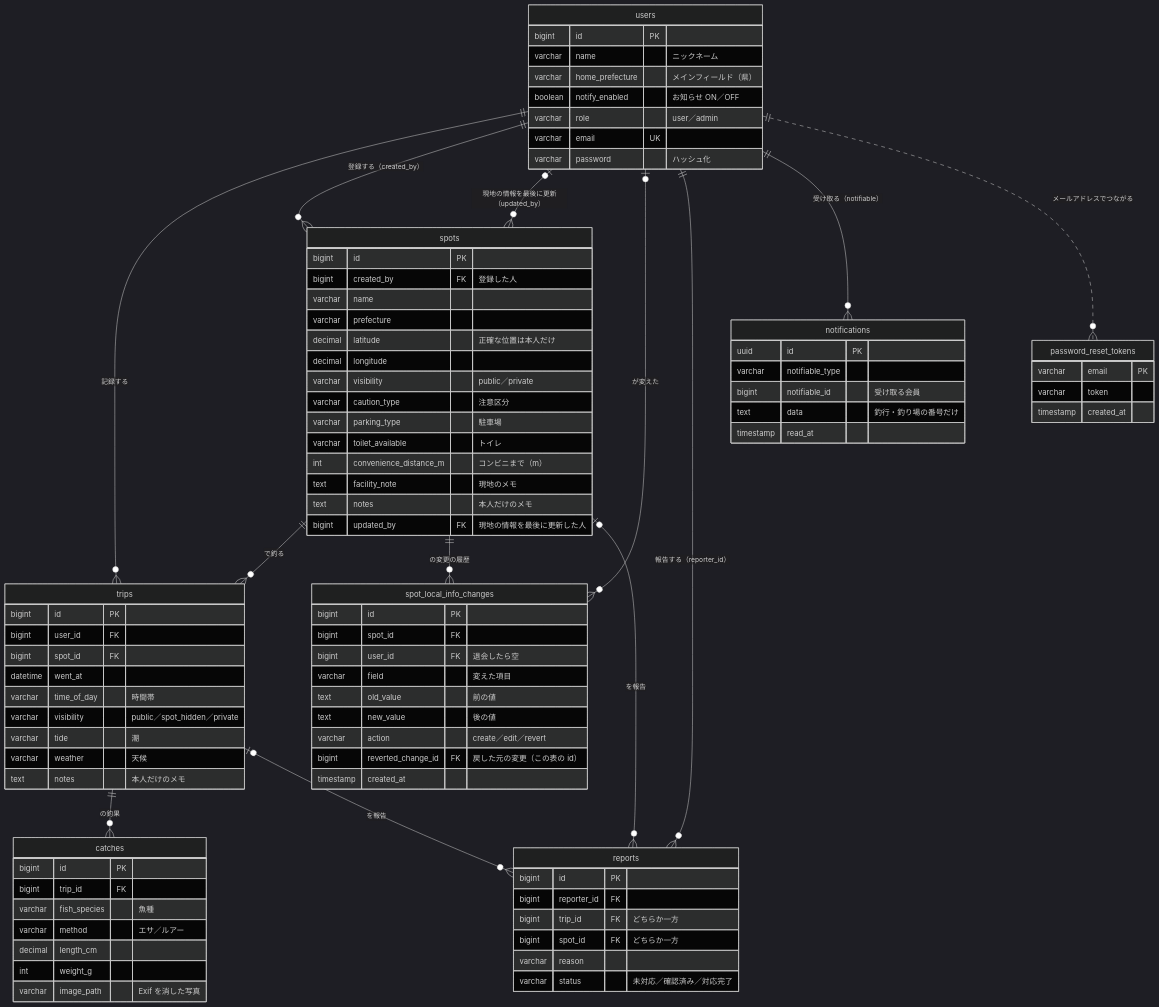
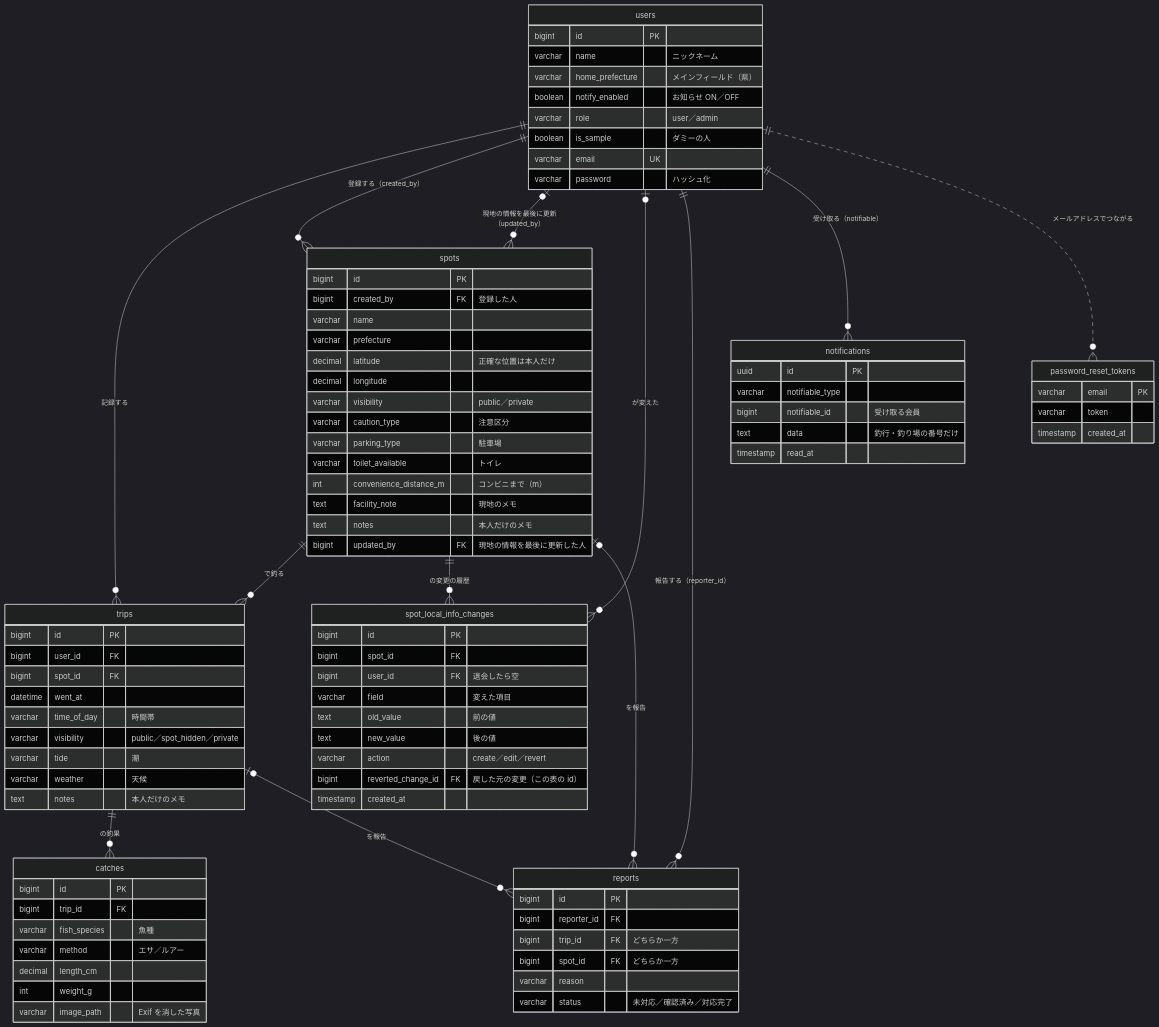
Before and after one commit to kazuyuki-a-dev/fishing-log: the diagram in README.md, drawn with Mermaid (dark theme). The commit also changed other lines of this file and 5 other files, not shown here.

```diff
--- a/README.md
+++ b/README.md
@@ -205,6 +206,7 @@
         varchar home_prefecture "メインフィールド（県）"
         boolean notify_enabled "お知らせ ON／OFF"
         varchar role "user／admin"
+        boolean is_sample "ダミーの人"
         varchar email UK
         varchar password "ハッシュ化"
     }
```
